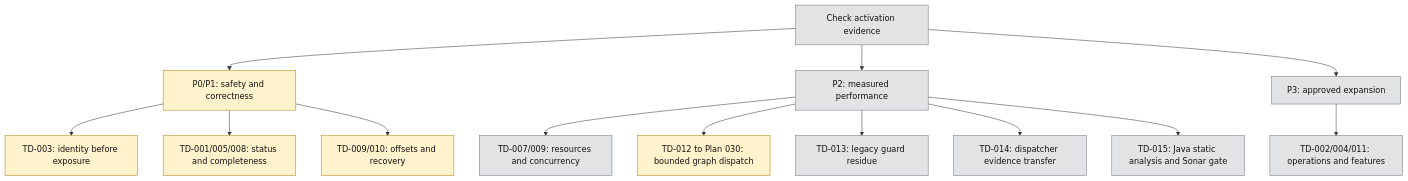
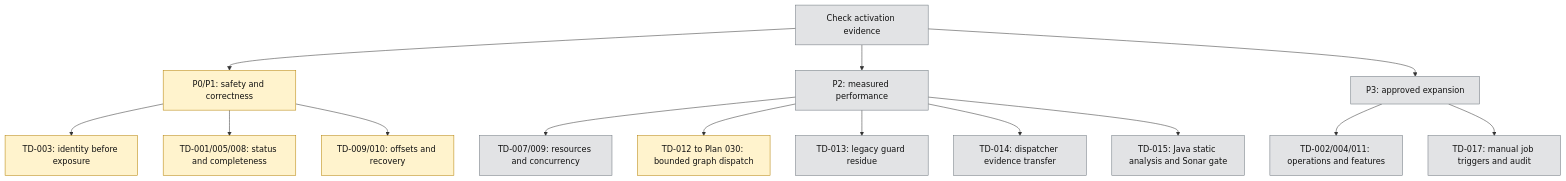
Before and after one commit to tanlocit9/omni: the diagram in docs/technical-debt/README.md, drawn with Mermaid. The commit also changed other lines of this file and 43 other files, not shown here.

Commit message:
feat(scheduler): retire manual job triggers for P14-I3d

````diff
--- a/docs/technical-debt/README.md
+++ b/docs/technical-debt/README.md
@@ -40,26 +41,27 @@
 ```mermaid
 flowchart TD
     Gate["Check activation evidence"]
     Gate --> Safety["P0/P1: safety and correctness"]
     Gate --> Measured["P2: measured performance"]
     Gate --> Later["P3: approved expansion"]
 
     Safety --> Identity["TD-003: identity before exposure"]
     Safety --> Data["TD-001/005/008: status and completeness"]
     Safety --> Kafka["TD-009/010: offsets and recovery"]
     Measured --> Resources["TD-007/009: resources and concurrency"]
     Measured --> Planner["TD-012 to Plan 030: bounded graph dispatch"]
     Measured --> GuardResidue["TD-013: legacy guard residue"]
     Measured --> DispatchResidue["TD-014: dispatcher evidence transfer"]
     Measured --> JavaQuality["TD-015: Java static analysis and Sonar gate"]
     Later --> Features["TD-002/004/011: operations and features"]
+    Later --> RequestAudit["TD-017: manual job triggers and audit"]
 
     classDef done fill:#d5f5e3,stroke:#198754,color:#111;
     classDef active fill:#fff3cd,stroke:#b58105,color:#111;
     classDef pending fill:#e2e3e5,stroke:#6c757d,color:#111;
     classDef blocked fill:#f8d7da,stroke:#b02a37,color:#111;
     class Gate pending;
     class Safety,Identity,Data,Kafka active;
     class Planner active;
-    class Measured,Resources,GuardResidue,DispatchResidue,JavaQuality,Later,Features pending;
+    class Measured,Resources,GuardResidue,DispatchResidue,JavaQuality,Later,Features,RequestAudit pending;
 ```
````
